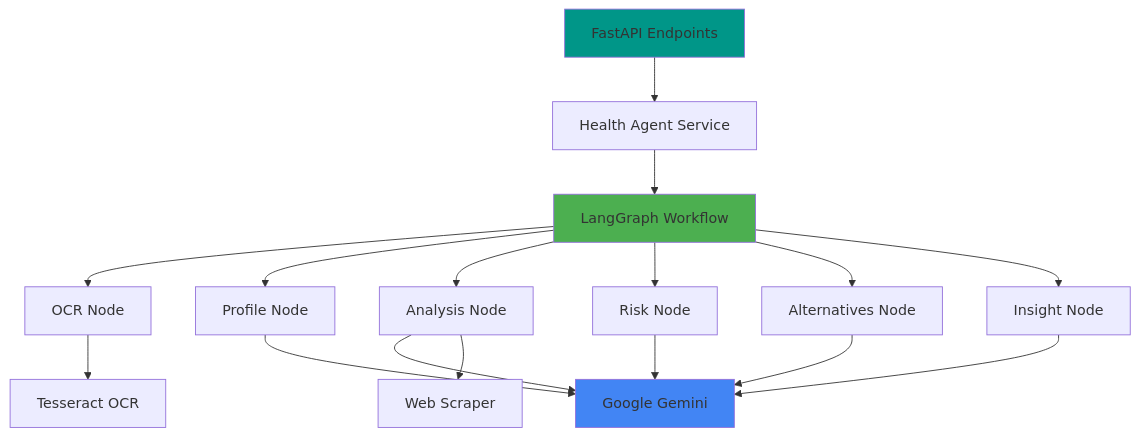
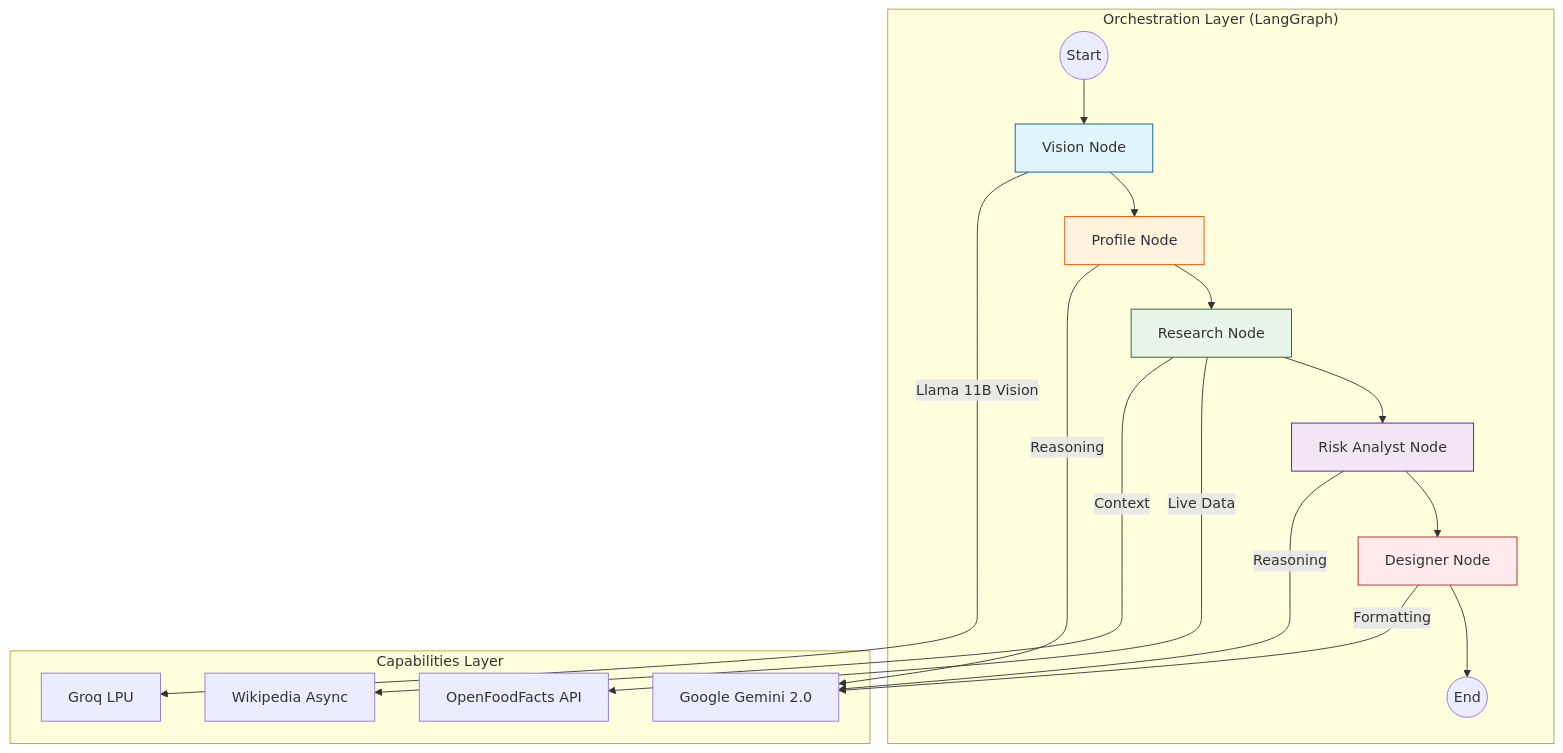
Before and after one commit to kunalverma2512/IngrediSense: the diagram in FASTAPISERVER/README.md, drawn with Mermaid. The commit also changed other lines of this file and 4 other files, not shown here.

````diff
--- a/FASTAPISERVER/README.md
+++ b/FASTAPISERVER/README.md
@@ -65,23 +46,26 @@
 ```mermaid
 graph TB
-    A[FastAPI Endpoints] --> B[Health Agent Service]
-    B --> C[LangGraph Workflow]
-    C --> D[OCR Node]
-    C --> E[Profile Node]
-    C --> F[Analysis Node]
-    C --> G[Risk Node]
-    C --> H[Alternatives Node]
-    C --> I[Insight Node]
+    subgraph "Orchestration Layer (LangGraph)"
+        Start((Start)) --> Extract[Vision Node]
+        Extract --> Profile[Profile Node]
+        Profile --> Research[Research Node]
+        Research --> Analyze[Risk Analyst Node]
+        Analyze --> Design[Designer Node]
+        Design --> End((End))
+    end
+
+    subgraph "Capabilities Layer"
+        Extract -->|Llama 11B Vision| Groq[Groq LPU]
+        Profile -->|Reasoning| Gemini[Google Gemini 2.0]
+        Research -->|Live Data| OFF[OpenFoodFacts API]
+        Research -->|Context| Wiki[Wikipedia Async]
+        Analyze -->|Reasoning| Gemini
+        Design -->|Formatting| Gemini
+    end
     
-    D --> J[Tesseract OCR]
-    E --> K[Google Gemini]
-    F --> K
-    F --> L[Web Scraper]
-    G --> K
-    H --> K
-    I --> K
-    
-    style A fill:#009688
-    style C fill:#4caf50
-    style K fill:#4285f4
+    style Extract fill:#e1f5fe,stroke:#01579b
+    style Profile fill:#fff3e0,stroke:#e65100
+    style Research fill:#e8f5e9,stroke:#1b5e20
+    style Analyze fill:#f3e5f5,stroke:#4a148c
+    style Design fill:#ffebee,stroke:#b71c1c
 ```
````
